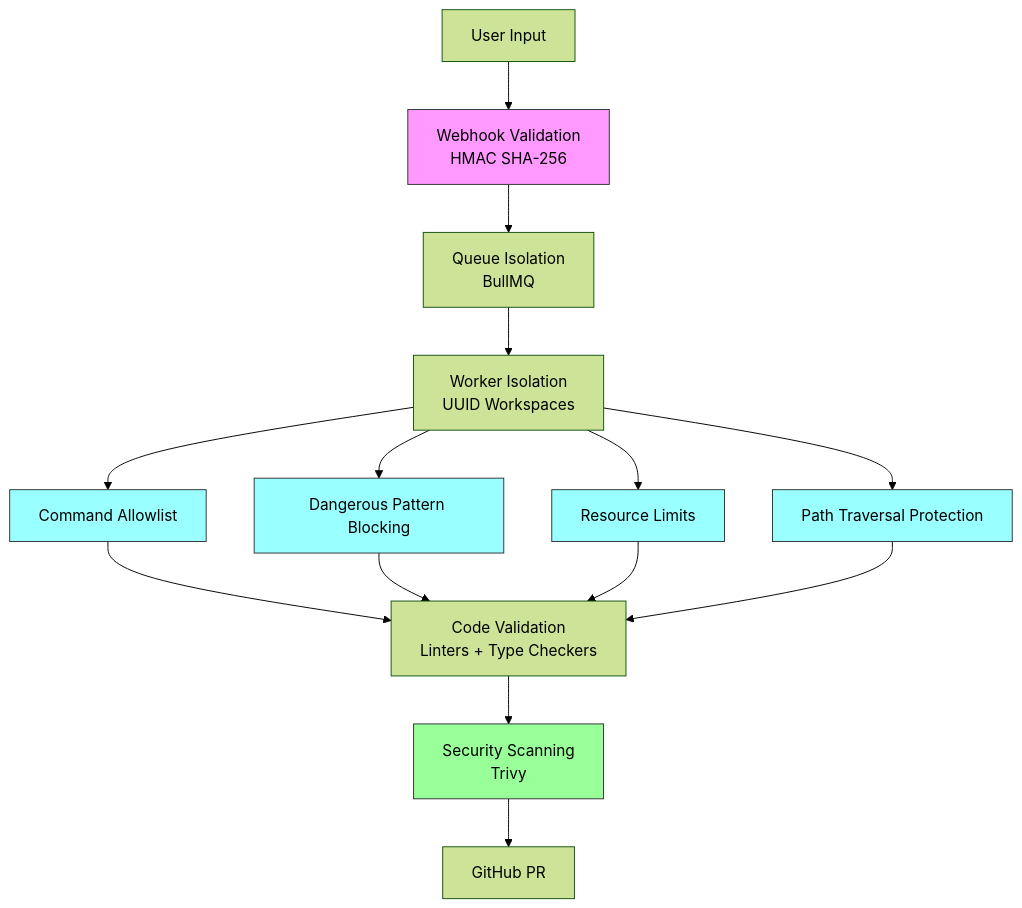
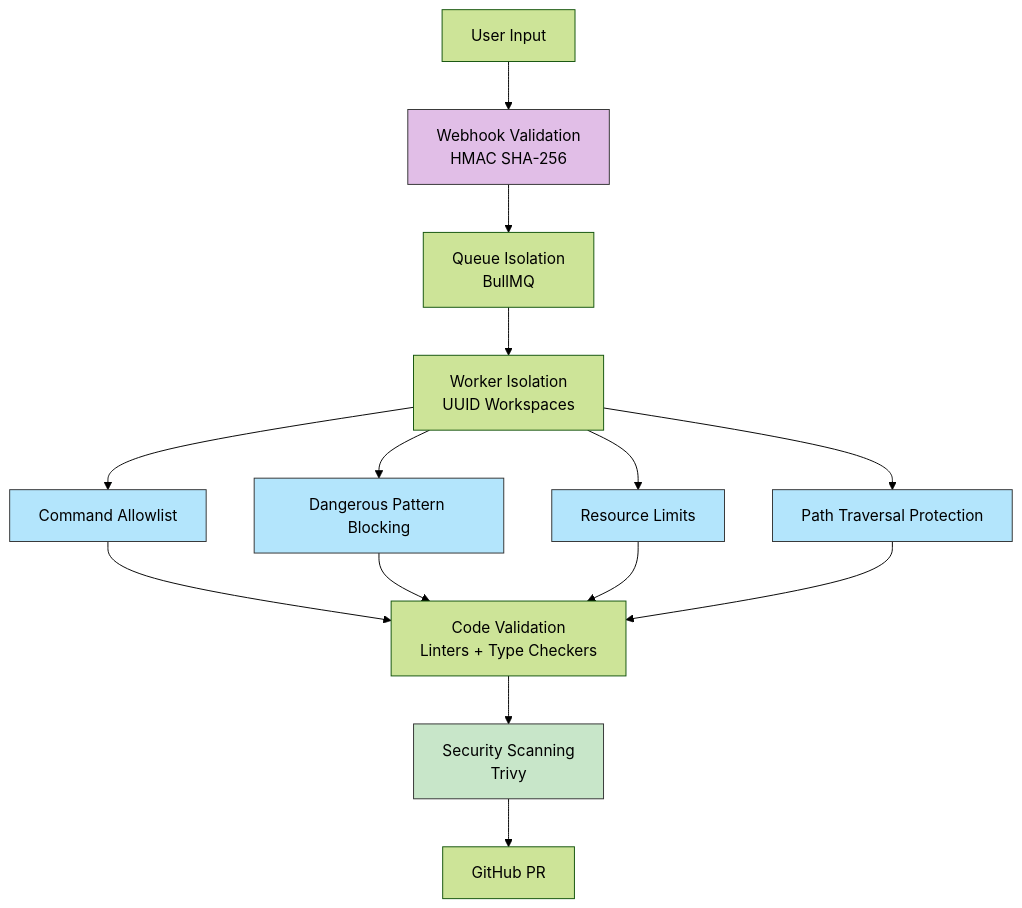
One commit to Replikanti/ralph-platform changed the fifth of 7 diagrams in ARCHITECTURE.md. Above: the diagram before and after it, drawn with Mermaid (forest theme). The commit also changed other lines of this file and 2 other files, not shown here.

Commit message:
docs: fix Defense in Depth diagram colors and remove WIP prefix references
Issue 1: Defense in Depth Diagram Colors
- Changed fill colors from bright (#f9f, #9ff, #9f9) to pastel shades
- Added explicit black text color (color:#000) for readability
- New colors:
  - Webhook: #e1bee7 (light purple)
  - Commands/Patterns/Resources/Paths: #b3e5fc (light blue)
  - Scanning: #c8e6c9 (light green)

Issue 2: WIP Prefix Removal
- Removed outdated references to "wip:" prefix (no longer in code)
- Updated ARCHITECTURE.md: validation failures now described accurately
- Updated CLAUDE.md: errors captured for next iteration
- Updated USER_GUIDE.md: automatic retry behavior documented

WIP prefix was removed from implementation but docs still referenced it.
Now correctly describes current behavior: validation errors trigger retries.

````diff
--- a/ARCHITECTURE.md
+++ b/ARCHITECTURE.md
@@ -446,26 +446,26 @@
 ```mermaid
 graph TD
     Input[User Input] --> Webhook[Webhook Validation<br/>HMAC SHA-256]
     Webhook --> Queue[Queue Isolation<br/>BullMQ]
     Queue --> Worker[Worker Isolation<br/>UUID Workspaces]
 
     Worker --> Commands[Command Allowlist]
     Worker --> Patterns[Dangerous Pattern Blocking]
     Worker --> Resources[Resource Limits]
     Worker --> Paths[Path Traversal Protection]
 
     Commands --> Validation[Code Validation<br/>Linters + Type Checkers]
     Patterns --> Validation
     Resources --> Validation
     Paths --> Validation
 
     Validation --> Scanning[Security Scanning<br/>Trivy]
     Scanning --> GitHub[GitHub PR]
 
-    style Webhook fill:#f9f,stroke:#333
-    style Commands fill:#9ff,stroke:#333
-    style Patterns fill:#9ff,stroke:#333
-    style Resources fill:#9ff,stroke:#333
-    style Paths fill:#9ff,stroke:#333
-    style Scanning fill:#9f9,stroke:#333
+    style Webhook fill:#e1bee7,stroke:#333,color:#000
+    style Commands fill:#b3e5fc,stroke:#333,color:#000
+    style Patterns fill:#b3e5fc,stroke:#333,color:#000
+    style Resources fill:#b3e5fc,stroke:#333,color:#000
+    style Paths fill:#b3e5fc,stroke:#333,color:#000
+    style Scanning fill:#c8e6c9,stroke:#333,color:#000
 ```
````
